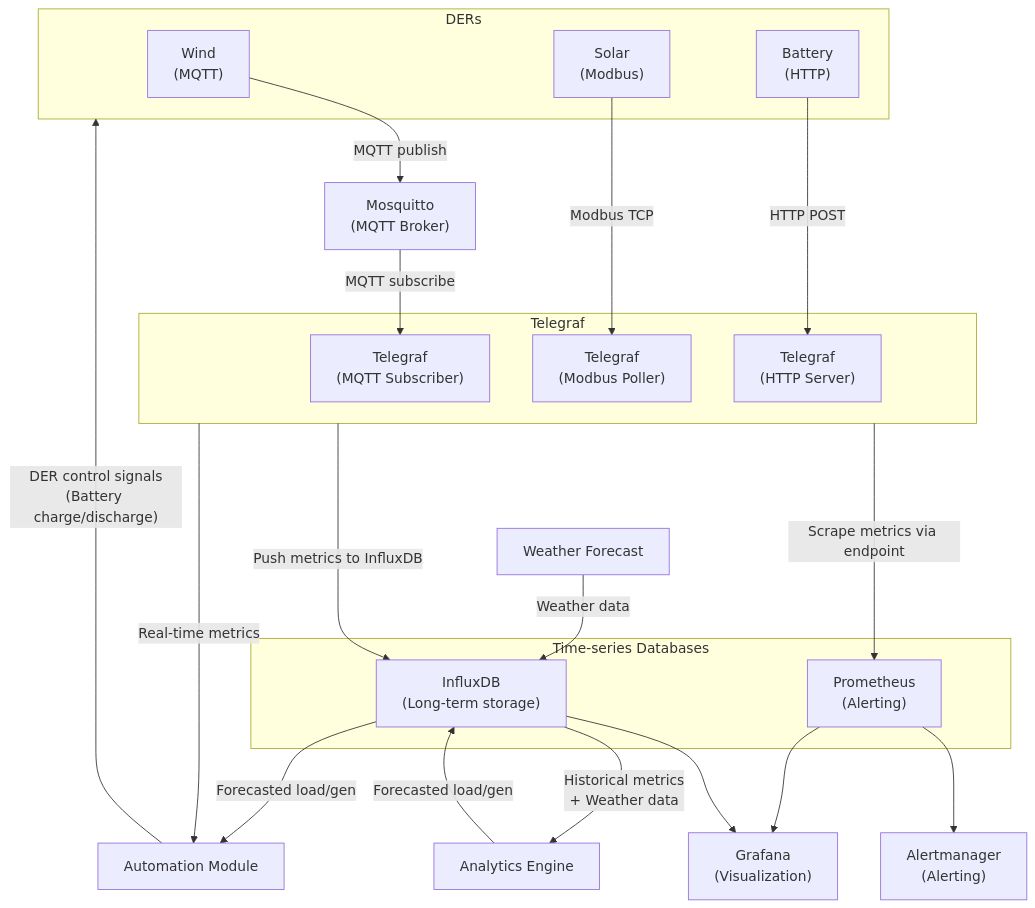
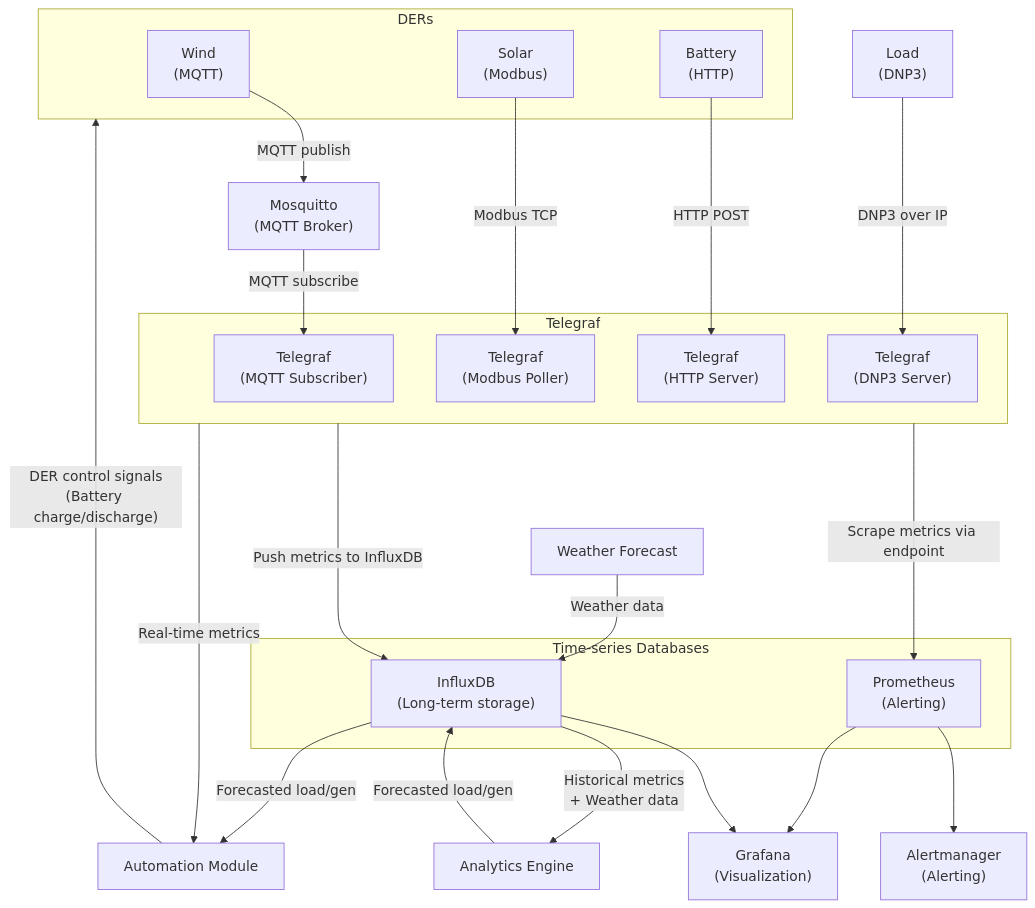
Before and after one commit to Capstone-AM07/Capstone-AM07: the first of 2 diagrams in README.md, drawn with Mermaid.

Commit message:
Add load to system arch diagram

````diff
--- a/README.md
+++ b/README.md
@@ -18,43 +18,46 @@
 ```mermaid
 flowchart TD
 
+Load["Load<br>(DNP3)"]
 subgraph DERs
     MQTT["Wind<br>(MQTT)"]
     Modbus["Solar<br>(Modbus)"]
     HTTP["Battery<br>(HTTP)"]
 end
 Mosquitto["Mosquitto<br>(MQTT Broker)"]
 subgraph Telegraf
     Telegraf_MQTT["Telegraf<br>(MQTT Subscriber)"]
     Telegraf_Modbus["Telegraf<br>(Modbus Poller)"]
     Telegraf_HTTP["Telegraf<br>(HTTP Server)"]
+    Telegraf_DNP3["Telegraf<br>(DNP3 Server)"]
 end
 subgraph Time-series Databases
     InfluxDB["InfluxDB<br>(Long-term storage)"]
     Prometheus["Prometheus<br>(Alerting)"]
 end
 Grafana["Grafana<br>(Visualization)"]
 Alertmanager["Alertmanager<br>(Alerting)"]
 Analytics["Analytics Engine"]
 Automation["Automation Module"]
 Weather["Weather Forecast"]
 
 Weather-->|Weather data|InfluxDB
 InfluxDB-->|Forecasted load/gen|Automation
 InfluxDB-->|Historical metrics<br>+ Weather data|Analytics
 Analytics-->|Forecasted load/gen|InfluxDB
 Telegraf--->|Real-time metrics|Automation
 Automation-->|"DER control signals<br>(Battery charge/discharge)"|DERs
 
 MQTT-->|MQTT publish|Mosquitto
 Mosquitto-->|MQTT subscribe|Telegraf_MQTT
 Modbus-->|Modbus TCP|Telegraf_Modbus
 HTTP-->|HTTP POST|Telegraf_HTTP
+Load--->|DNP3 over IP|Telegraf_DNP3
 
 Prometheus-->Grafana
 InfluxDB-->Grafana
 
 Telegraf--->|Push metrics to InfluxDB|InfluxDB
 Telegraf--->|Scrape metrics via endpoint|Prometheus
 Prometheus-->Alertmanager
 ```
````
